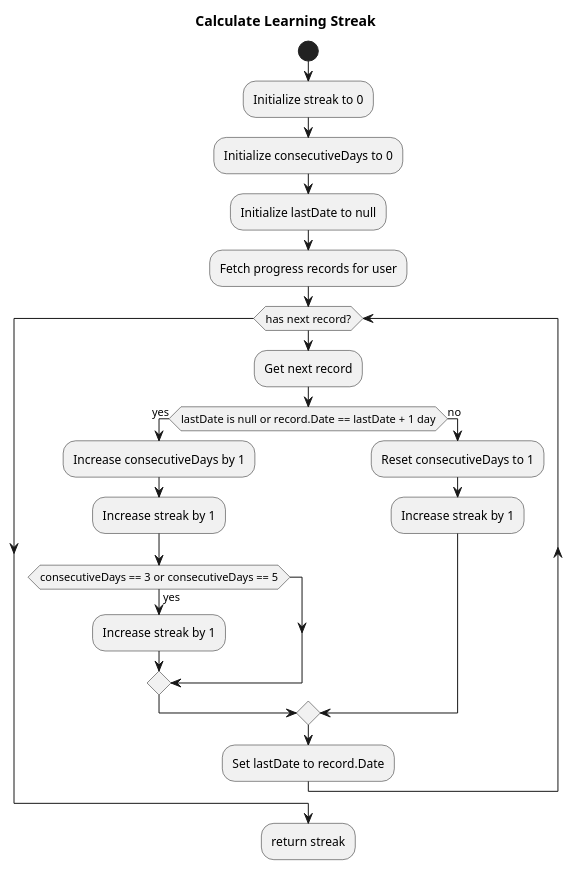
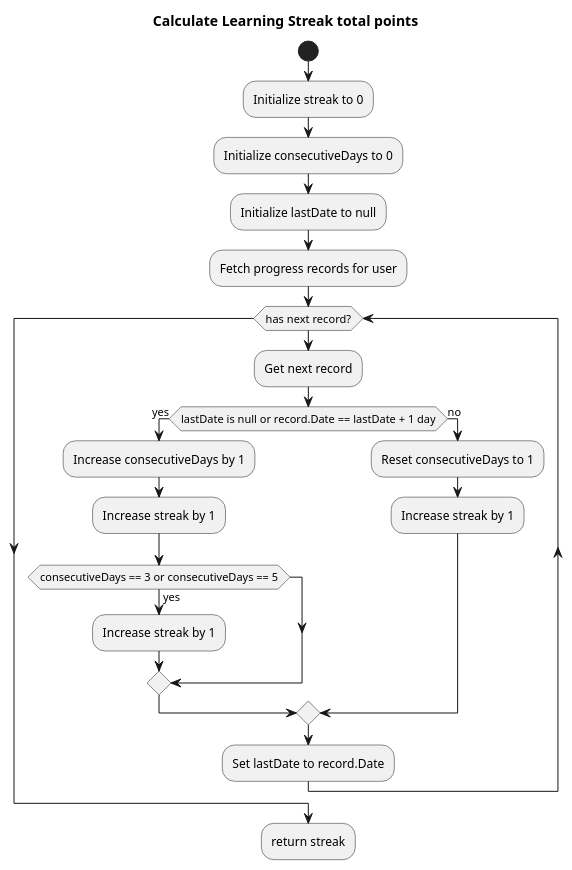
Before and after one commit to janvanhest/ap2-cmk: the diagram in doc/algorithm/calculate_learning_streak.puml, drawn with PlantUML. The commit also changed 4 other files, not shown here.

```diff
--- a/doc/algorithm/calculate_learning_streak.puml
+++ b/doc/algorithm/calculate_learning_streak.puml
@@ -1,26 +1,26 @@
 @startuml
 
-title Calculate Learning Streak
+title Calculate Learning Streak total points
 
 start
 :Initialize streak to 0;
 :Initialize consecutiveDays to 0;
 :Initialize lastDate to null;
 :Fetch progress records for user;
 while (has next record?)
   :Get next record;
   if (lastDate is null or record.Date == lastDate + 1 day) then (yes)
     :Increase consecutiveDays by 1;
     :Increase streak by 1;
     if (consecutiveDays == 3 or consecutiveDays == 5) then (yes)
       :Increase streak by 1;
     endif
   else (no)
     :Reset consecutiveDays to 1;
     :Increase streak by 1;
   endif
   :Set lastDate to record.Date;
 endwhile
 :return streak;
 
 @enduml
```
